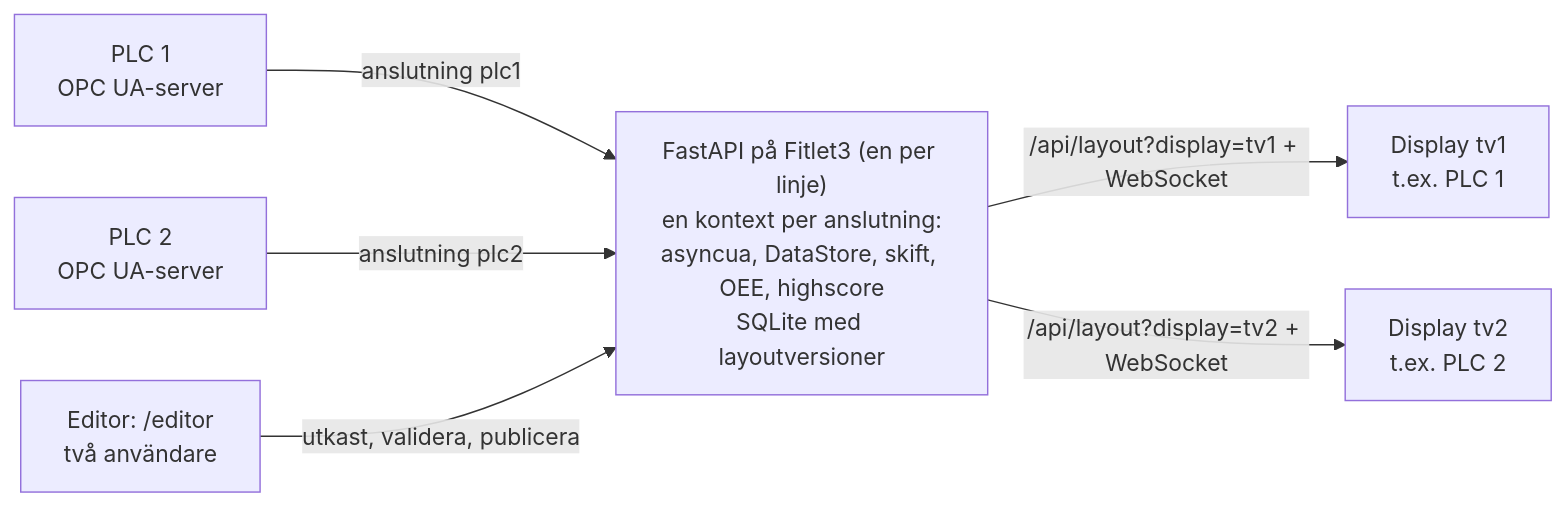
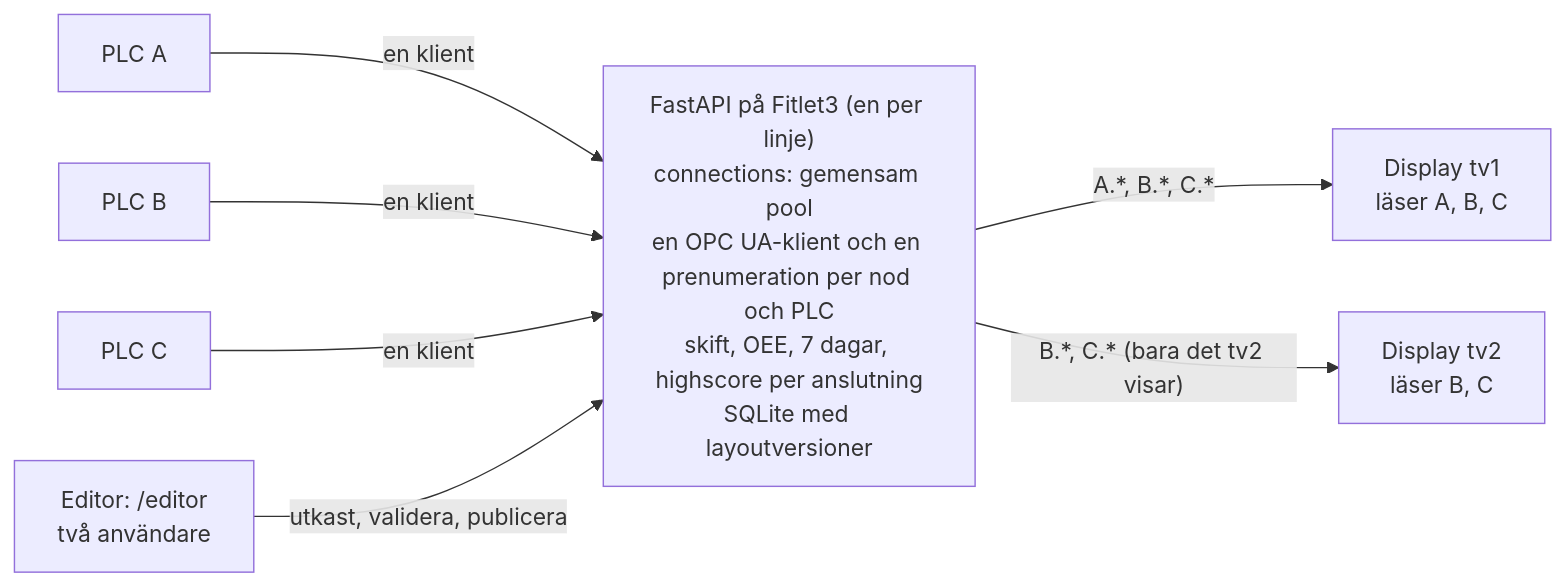
Before and after one commit to maizlow/asyncua-dashboard: the first of 2 diagrams in docs/EDITOR-PLAN.md, drawn with Mermaid. The commit also changed other lines of this file and 30 other files, not shown here.

First line of the commit message:
Editor etapp 2a: flera PLC:er per display i modellen, header med två logotyper (#20)

````diff
--- a/docs/EDITOR-PLAN.md
+++ b/docs/EDITOR-PLAN.md
@@ -110,9 +123,10 @@
 ```mermaid
 flowchart LR
-  P1["PLC 1<br/>OPC UA-server"] -- "anslutning plc1" --> BE
-  P2["PLC 2<br/>OPC UA-server"] -- "anslutning plc2" --> BE
-  BE["FastAPI på Fitlet3 (en per linje)<br/>en kontext per anslutning:<br/>asyncua, DataStore, skift, OEE, highscore<br/>SQLite med layoutversioner"]
-  BE -- "/api/layout?display=tv1 + WebSocket" --> T1["Display tv1<br/>t.ex. PLC 1"]
-  BE -- "/api/layout?display=tv2 + WebSocket" --> T2["Display tv2<br/>t.ex. PLC 2"]
+  PA["PLC A"] -- "en klient" --> BE
+  PB["PLC B"] -- "en klient" --> BE
+  PC["PLC C"] -- "en klient" --> BE
+  BE["FastAPI på Fitlet3 (en per linje)<br/>connections: gemensam pool<br/>en OPC UA-klient och en prenumeration per nod och PLC<br/>skift, OEE, 7 dagar, highscore per anslutning<br/>SQLite med layoutversioner"]
+  BE -- "A.*, B.*, C.*" --> T1["Display tv1<br/>läser A, B, C"]
+  BE -- "B.*, C.* (bara det tv2 visar)" --> T2["Display tv2<br/>läser B, C"]
   ED["Editor: /editor<br/>två användare"] -- "utkast, validera, publicera" --> BE
 ```
````
